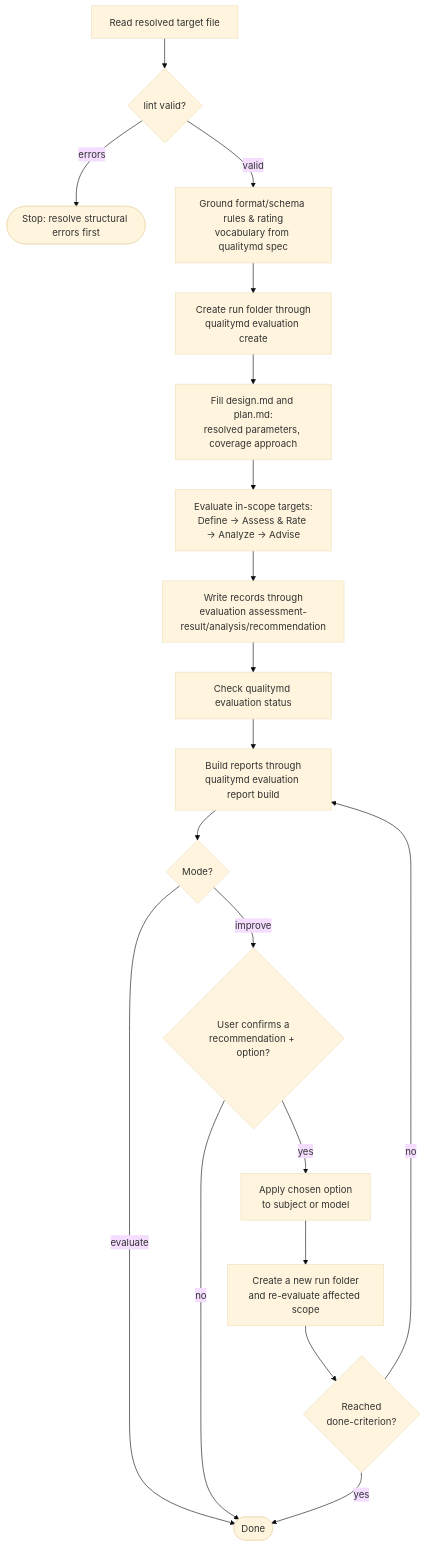
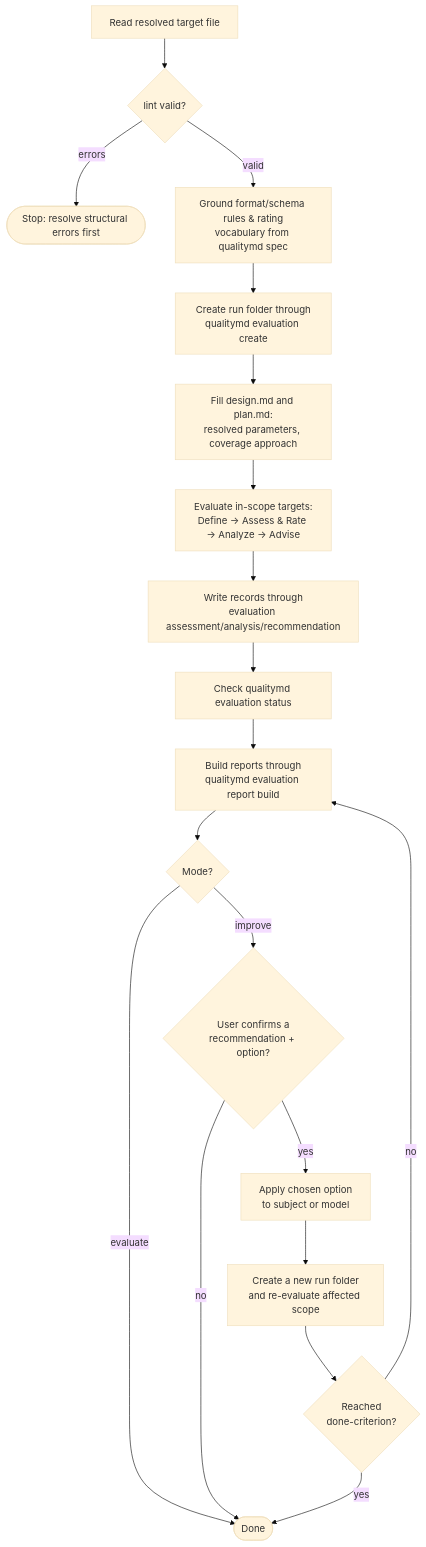
Before and after one commit to qualitymd/quality.md: the diagram in specs/skills/quality-skill/quality-skill.md, drawn with Mermaid (base theme). The commit also changed other lines of this file and 57 other files, not shown here.

Commit message:
Rename evaluation assessment surface

````diff
--- a/specs/skills/quality-skill/quality-skill.md
+++ b/specs/skills/quality-skill/quality-skill.md
@@ -518,21 +518,21 @@
 ```mermaid
 flowchart TD
     Read[Read resolved target file] --> Lint{lint valid?}
     Lint -->|errors| Stop([Stop: resolve structural errors first])
     Lint -->|valid| Ground[Ground format/schema rules &amp; rating<br/>vocabulary from qualitymd spec]
     Ground --> Run[Create run folder through<br/>qualitymd evaluation create]
     Run --> Plan[Fill design.md and plan.md:<br/>resolved parameters, coverage approach]
     Plan --> Eval[Evaluate in-scope targets:<br/>Define → Assess &amp; Rate → Analyze → Advise]
-    Eval --> Records[Write records through<br/>evaluation assessment-result/analysis/recommendation]
+    Eval --> Records[Write records through<br/>evaluation assessment/analysis/recommendation]
     Records --> Status[Check qualitymd evaluation status]
     Status --> Report[Build reports through<br/>qualitymd evaluation report build]
     Report --> Mode{Mode?}
     Mode -->|evaluate| Done([Done])
     Mode -->|improve| Confirm{User confirms a<br/>recommendation + option?}
     Confirm -->|no| Done
     Confirm -->|yes| Apply[Apply chosen option<br/>to subject or model]
     Apply --> ReEval[Create a new run folder<br/>and re-evaluate affected scope]
     ReEval --> Criterion{Reached<br/>done-criterion?}
     Criterion -->|yes| Done
     Criterion -->|no| Report
 ```
````
